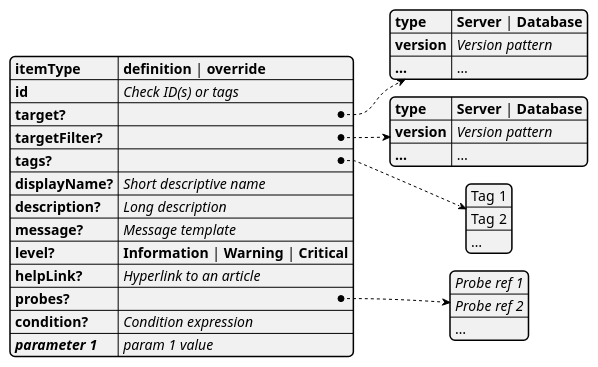
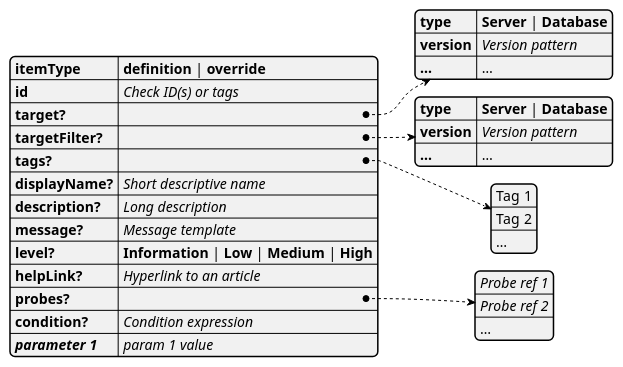
Before and after one commit to wagnerhsu/project-sql-server-samples: the diagram in samples/manage/sql-assessment-api/docs/Customization/img/src/RuleStructure.plantuml, drawn with PlantUML. The commit also changed 21 other files, not shown here.

```diff
--- a/samples/manage/sql-assessment-api/docs/Customization/img/src/RuleStructure.plantuml
+++ b/samples/manage/sql-assessment-api/docs/Customization/img/src/RuleStructure.plantuml
@@ -1,29 +1,29 @@
 @startjson
 {
     "itemType": "<b>definition</b> | <b>override</b>",
     "id": "<i>Check ID(s) or tags</i>",
     "target?": {
         "type": "<b>Server</b> | <b>Database</b>",
         "version": "<i>Version pattern</i>",
         "…": "…"
     },
     "targetFilter?": {
         "type": "<b>Server</b> | <b>Database</b>",
         "version": "<i>Version pattern</i>",
         "…": "…"
     },
     "tags?": ["Tag 1", "Tag 2", "…"],
     "displayName?": "<i>Short descriptive name</i>",
     "description?": "<i>Long description</i>",
     "message?": "<i>Message template</i>",
-    "level?": "<b>Information</b> | <b>Warning</b> | <b>Critical</b>",
+    "level?": "<b>Information</b> | <b>Low</b> | <b>Medium</b> | <b>High</b>",
     "helpLink?": "<i>Hyperlink to an article</i>",
     "probes?": [
         "<i>Probe ref 1</i>",
         "<i>Probe ref 2</i>",
         "…"
     ],
     "condition?": "<i>Condition expression</i>",
     "<i>parameter 1</i>": "<i>param 1 value</i>"
 }
 @endjson
```
